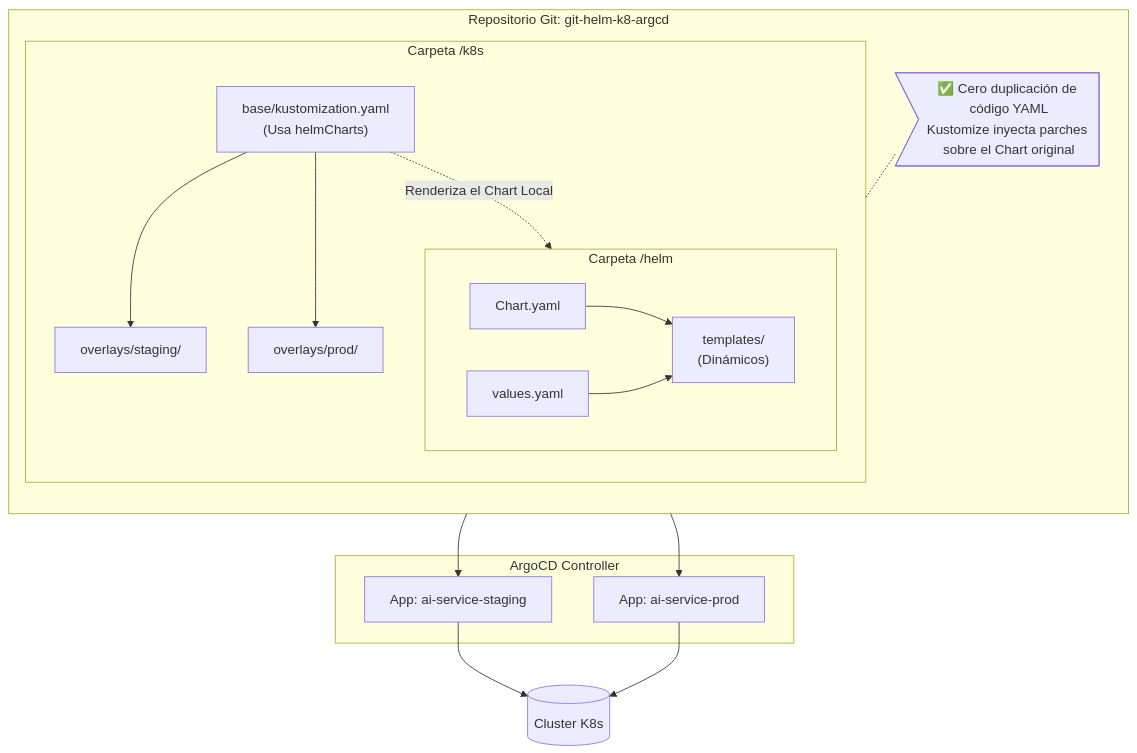
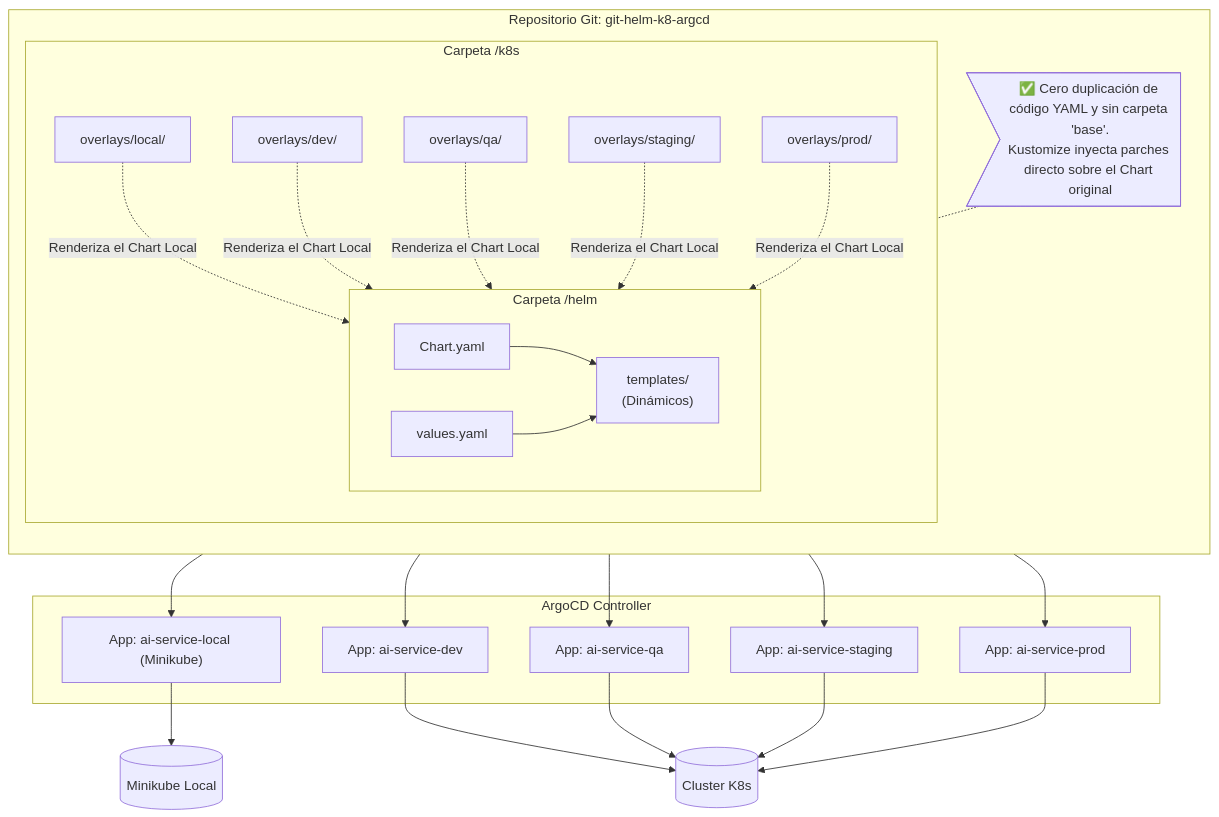
The second of 2 diagrams in architecture_diagrams.md (pablogonzalezr001/git-helm-k8-argcd), drawn with Mermaid before and after one commit. The commit also changed 21 other files, not shown here.

Commit message:
update helm kustomization argocd

````diff
--- a/architecture_diagrams.md
+++ b/architecture_diagrams.md
@@ -53,39 +53,50 @@
 ```mermaid
 flowchart TD
     subgraph Repositorio [Repositorio Git: git-helm-k8-argcd]
         direction TB
         
         subgraph CarpetaHelm [Carpeta /helm]
             HC["Chart.yaml"]
             HV["values.yaml"]
             HT["templates/ <br>(Dinámicos)"]
             HC --> HT
             HV --> HT
         end
 
         subgraph CarpetaKustomize [Carpeta /k8s]
-            KB["base/kustomization.yaml<br>(Usa helmCharts)"]
-            
-            KB -.->|"Renderiza el Chart Local"| CarpetaHelm
-            
+            KOLocal["overlays/local/"]
+            KODev["overlays/dev/"]
+            KOQa["overlays/qa/"]
             KOStag["overlays/staging/"]
             KOProd["overlays/prod/"]
             
-            KB --> KOStag
-            KB --> KOProd
+            KOLocal -.->|"Renderiza el Chart Local"| CarpetaHelm
+            KODev -.->|"Renderiza el Chart Local"| CarpetaHelm
+            KOQa -.->|"Renderiza el Chart Local"| CarpetaHelm
+            KOStag -.->|"Renderiza el Chart Local"| CarpetaHelm
+            KOProd -.->|"Renderiza el Chart Local"| CarpetaHelm
         end
         
-        Note2>✅ Cero duplicación de código YAML<br>Kustomize inyecta parches sobre el Chart original] -.- CarpetaKustomize
+        Note2>✅ Cero duplicación de código YAML y sin carpeta 'base'.<br>Kustomize inyecta parches directo sobre el Chart original] -.- CarpetaKustomize
     end
 
     subgraph ArgoCD [ArgoCD Controller]
+        AppLocal["App: ai-service-local (Minikube)"]
+        AppDev["App: ai-service-dev"]
+        AppQa["App: ai-service-qa"]
         AppStag["App: ai-service-staging"]
         AppProd["App: ai-service-prod"]
     end
 
+    KOLocal --> AppLocal
+    KODev --> AppDev
+    KOQa --> AppQa
     KOStag --> AppStag
     KOProd --> AppProd
     
+    AppDev --> Cluster[(Cluster K8s)]
+    AppQa --> Cluster
     AppStag --> Cluster[(Cluster K8s)]
     AppProd --> Cluster
+    AppLocal --> Minikube[(Minikube Local)]
 ```
````
